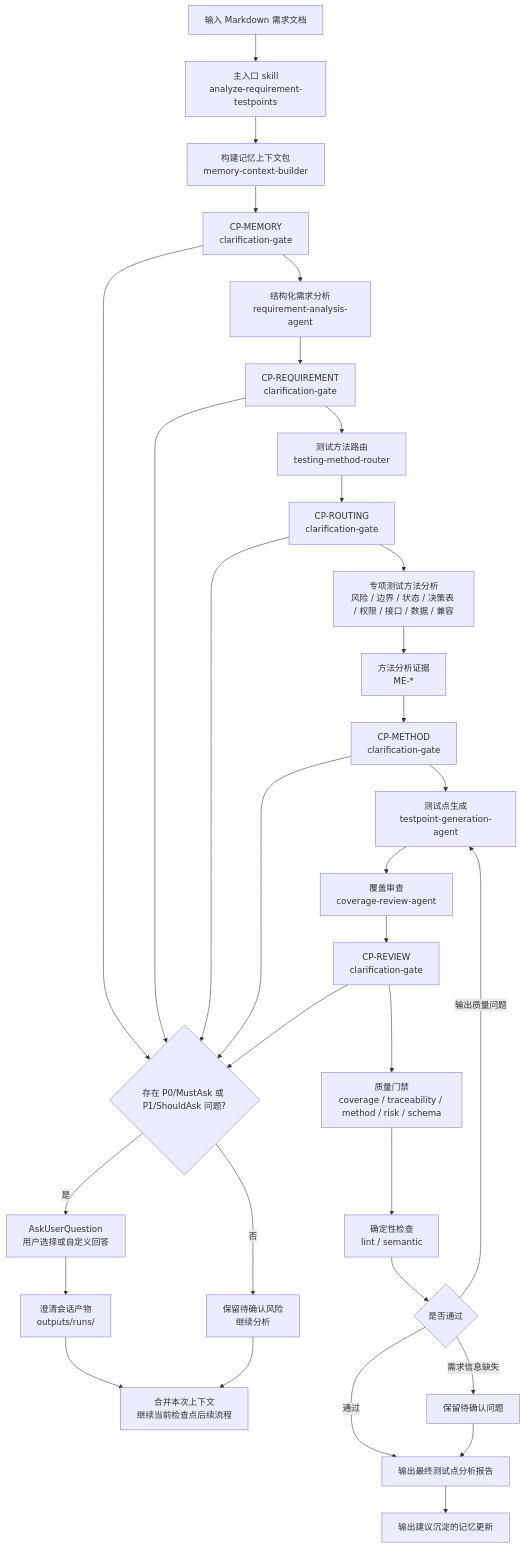
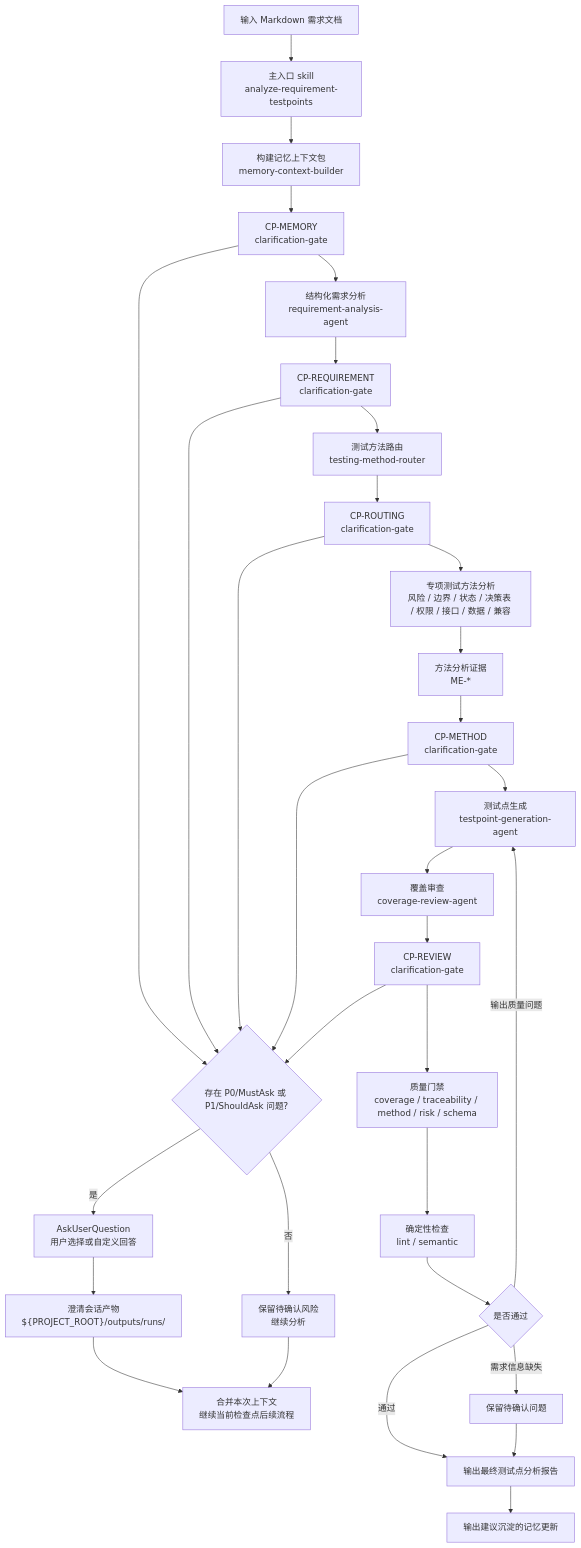
One commit to szluoqy-byte/Test-Analysis-Agent changed the third of 8 diagrams in docs/test-analysis-agent-design.md. Above: the diagram before and after it, drawn with Mermaid. The commit also changed other lines of this file and 21 other files, not shown here.

````diff
--- a/docs/test-analysis-agent-design.md
+++ b/docs/test-analysis-agent-design.md
@@ -174,34 +174,34 @@
 ```mermaid
 flowchart TD
   A["输入 Markdown 需求文档"] --> B["主入口 skill\nanalyze-requirement-testpoints"]
   B --> C["构建记忆上下文包\nmemory-context-builder"]
   C --> C1["CP-MEMORY\nclarification-gate"]
   C1 --> D["结构化需求分析\nrequirement-analysis-agent"]
   D --> C2["CP-REQUIREMENT\nclarification-gate"]
   C2 --> E["测试方法路由\ntesting-method-router"]
   E --> C3["CP-ROUTING\nclarification-gate"]
   C3 --> F["专项测试方法分析\n风险 / 边界 / 状态 / 决策表 / 权限 / 接口 / 数据 / 兼容"]
   F --> EV["方法分析证据\nME-*"]
   EV --> C4["CP-METHOD\nclarification-gate"]
   C4 --> G["测试点生成\ntestpoint-generation-agent"]
   G --> H["覆盖审查\ncoverage-review-agent"]
   H --> C5["CP-REVIEW\nclarification-gate"]
   C1 --> Ask{"存在 P0/MustAsk 或 P1/ShouldAsk 问题?"}
   C2 --> Ask
   C3 --> Ask
   C4 --> Ask
   C5 --> Ask
   Ask -- "是" --> AUQ["AskUserQuestion\n用户选择或自定义回答"]
-  AUQ --> CS["澄清会话产物\noutputs/runs/<run-id>"]
+  AUQ --> CS["澄清会话产物\n${PROJECT_ROOT}/outputs/runs/<run-id>"]
   CS --> Resume["合并本次上下文\n继续当前检查点后续流程"]
   Ask -- "否" --> Risk["保留待确认风险\n继续分析"]
   Risk --> Resume
   C5 --> I["质量门禁\ncoverage / traceability / method / risk / schema"]
   I --> J["确定性检查\nlint / semantic"]
   J --> K{"是否通过"}
   K -- "通过" --> L["输出最终测试点分析报告"]
   K -- "输出质量问题" --> G
   K -- "需求信息缺失" --> M["保留待确认问题"]
   M --> L
   L --> N["输出建议沉淀的记忆更新"]
 ```
````
